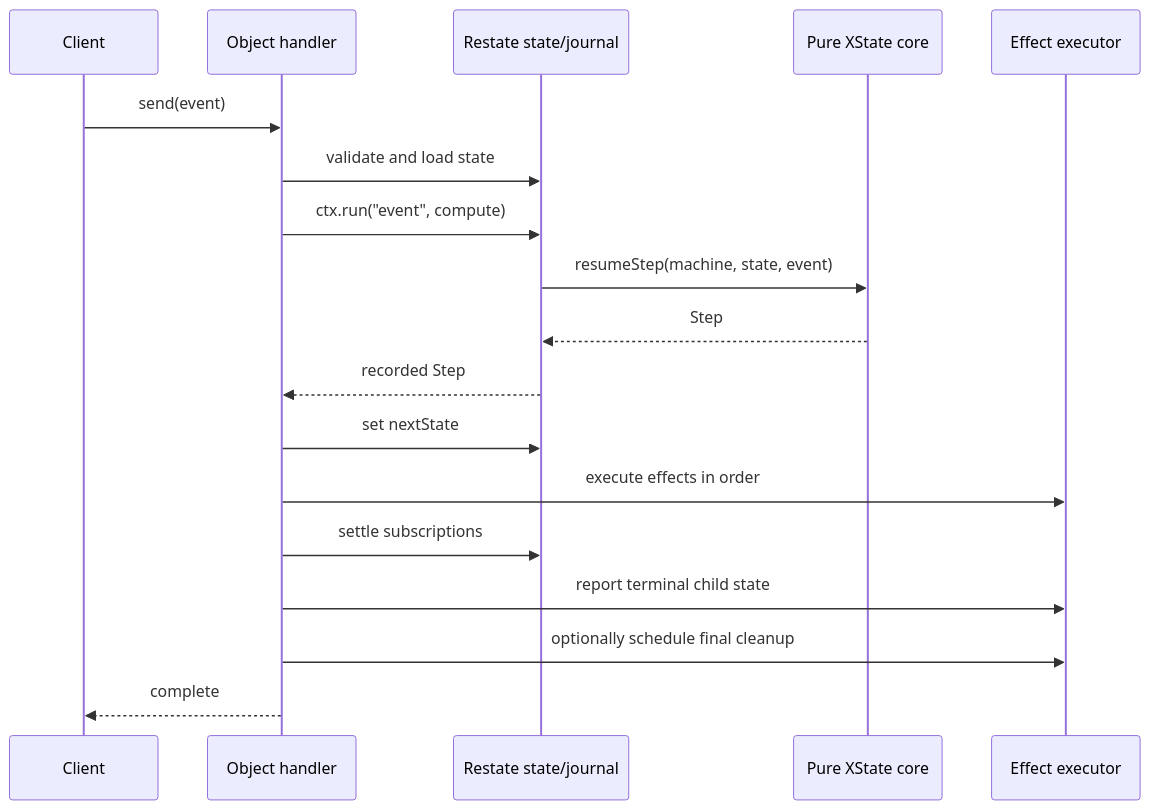
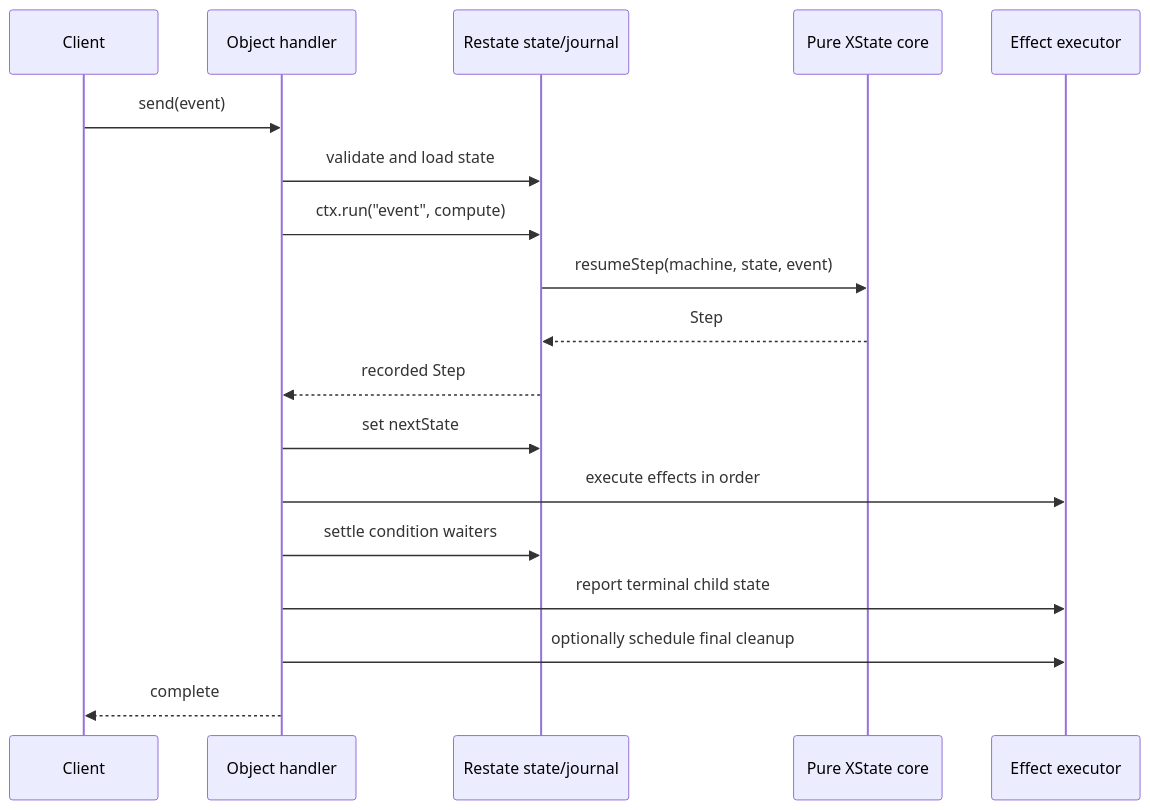
The second of 2 diagrams in packages/xstate-transitions/MANUAL.md (restatedev/xstate-transitions), drawn with Mermaid before and after one commit. The commit also changed other lines of this file and 20 other files, not shown here.

````diff
--- a/packages/xstate-transitions/MANUAL.md
+++ b/packages/xstate-transitions/MANUAL.md
@@ -1002,21 +1011,21 @@
 ```mermaid
 sequenceDiagram
     participant C as Client
     participant H as Object handler
     participant R as Restate state/journal
     participant X as Pure XState core
     participant E as Effect executor
 
     C->>H: send(event)
     H->>R: validate and load state
     H->>R: ctx.run("event", compute)
     R->>X: resumeStep(machine, state, event)
     X-->>R: Step
     R-->>H: recorded Step
     H->>R: set nextState
     H->>E: execute effects in order
-    H->>R: settle subscriptions
+    H->>R: settle condition waiters
     H->>E: report terminal child state
     H->>E: optionally schedule final cleanup
     H-->>C: complete
 ```
````
